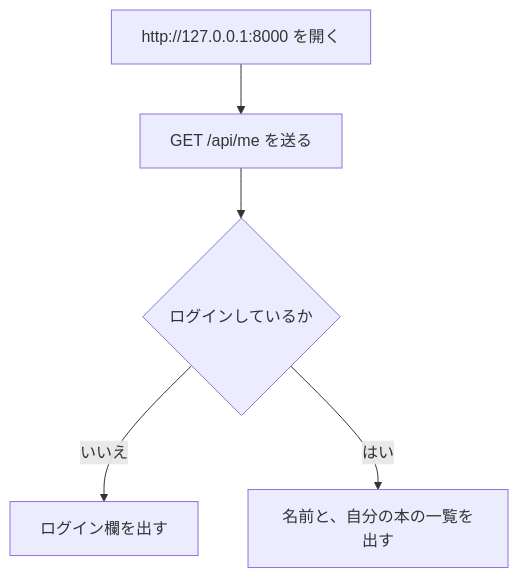
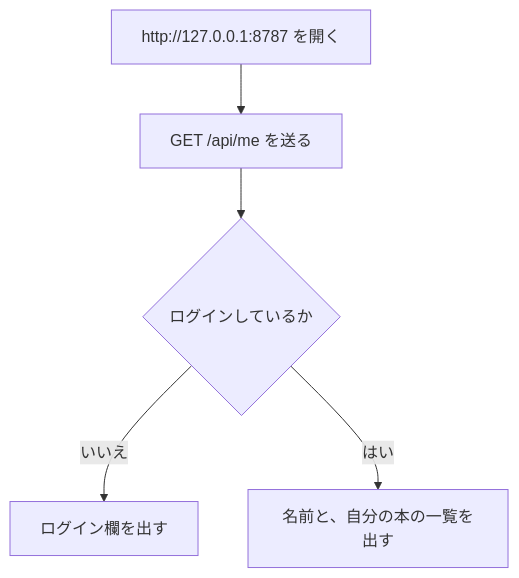
Before and after one commit to pfgnsb/reading-log: the second of 9 diagrams in ドキュメント/ユースケース.md, drawn with Mermaid. The commit also changed other lines of this file and 26 other files, not shown here.

````diff
--- a/ドキュメント/ユースケース.md
+++ b/ドキュメント/ユースケース.md
@@ -47,7 +47,7 @@
 ```mermaid
 flowchart TD
-  a["http://127.0.0.1:8000 を開く"] --> b["GET /api/me を送る"]
+  a["http://127.0.0.1:8787 を開く"] --> b["GET /api/me を送る"]
   b --> c{ログインしているか}
   c -->|いいえ| d[ログイン欄を出す]
   c -->|はい| e[名前と、自分の本の一覧を出す]
 ```
````
